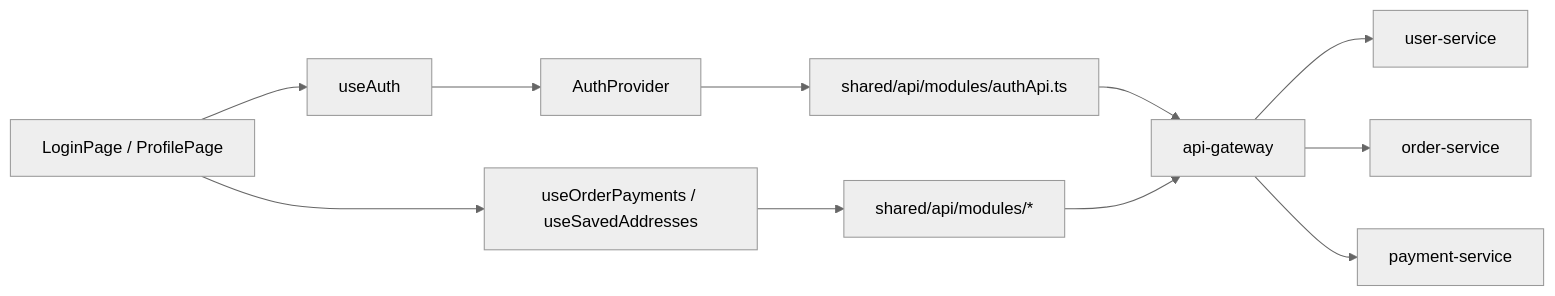
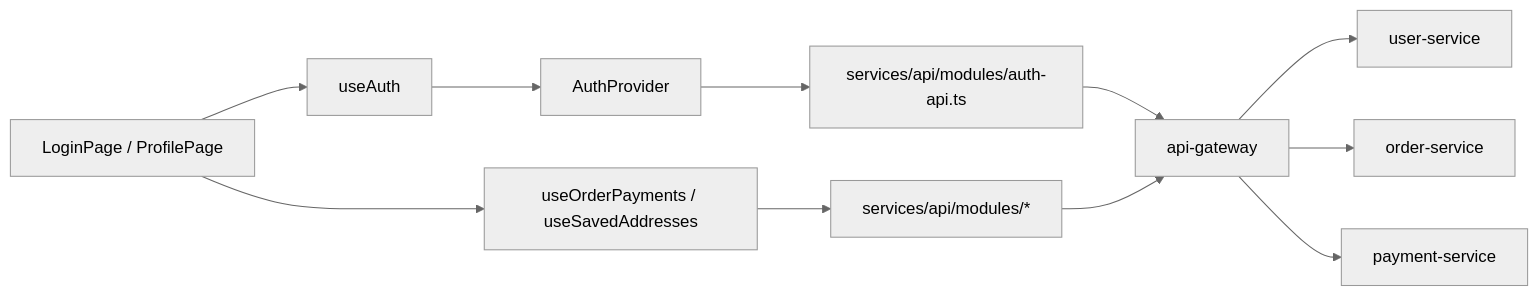
The second of 2 diagrams in docs/learning/05-first-contribution-walkthrough.md (NguyenDung278/E-CommerceMicroservicesPlatform), drawn with Mermaid (neutral theme) before and after one commit. The commit also changed other lines of this file and 93 other files, not shown here.

````diff
--- a/docs/learning/05-first-contribution-walkthrough.md
+++ b/docs/learning/05-first-contribution-walkthrough.md
@@ -74,13 +74,13 @@
 ```mermaid
 flowchart LR
     Page[LoginPage / ProfilePage] --> AuthHook[useAuth]
     Page --> AccountHooks[useOrderPayments / useSavedAddresses]
     AuthHook --> AuthProvider[AuthProvider]
-    AccountHooks --> SharedAPI[shared/api/modules/*]
-    AuthProvider --> AuthAPI[shared/api/modules/authApi.ts]
+    AccountHooks --> SharedAPI[services/api/modules/*]
+    AuthProvider --> AuthAPI[services/api/modules/auth-api.ts]
     AuthAPI --> Gateway[api-gateway]
     SharedAPI --> Gateway
     Gateway --> UserService[user-service]
     Gateway --> OrderService[order-service]
     Gateway --> PaymentService[payment-service]
 ```
````
